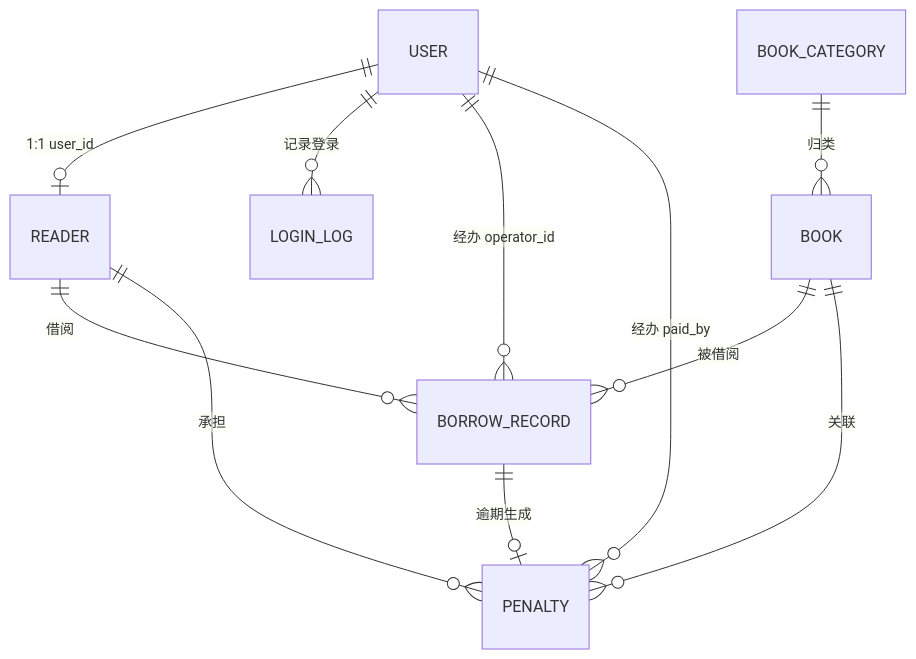
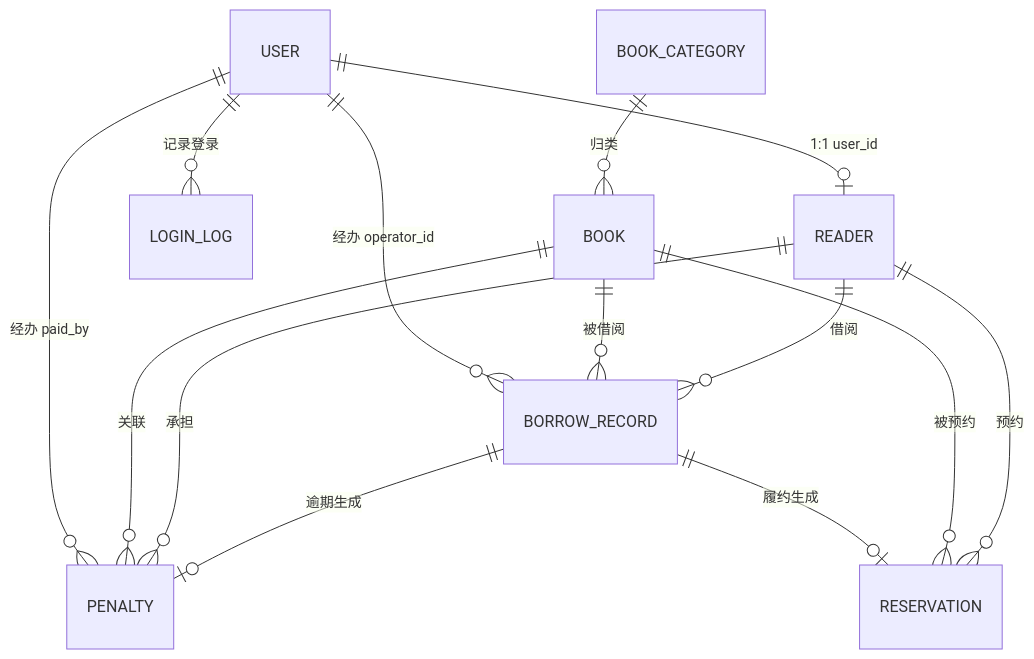
One commit to QmwmQ-var/LibraryMS changed the diagram in docs/数据库设计.md. Above: the diagram before and after it, drawn with Mermaid. The commit also changed other lines of this file and 6 other files, not shown here.

````diff
--- a/docs/数据库设计.md
+++ b/docs/数据库设计.md
@@ -8,13 +8,16 @@
 ```mermaid
 erDiagram
     USER ||--o| READER : "1:1 user_id"
     USER ||--o{ LOGIN_LOG : "记录登录"
     READER ||--o{ BORROW_RECORD : "借阅"
     BOOK_CATEGORY ||--o{ BOOK : "归类"
     BOOK ||--o{ BORROW_RECORD : "被借阅"
     BORROW_RECORD ||--o| PENALTY : "逾期生成"
     READER ||--o{ PENALTY : "承担"
     BOOK ||--o{ PENALTY : "关联"
+    READER ||--o{ RESERVATION : "预约"
+    BOOK ||--o{ RESERVATION : "被预约"
+    BORROW_RECORD ||--o| RESERVATION : "履约生成"
     USER ||--o{ BORROW_RECORD : "经办 operator_id"
     USER ||--o{ PENALTY : "经办 paid_by"
 ```
````
